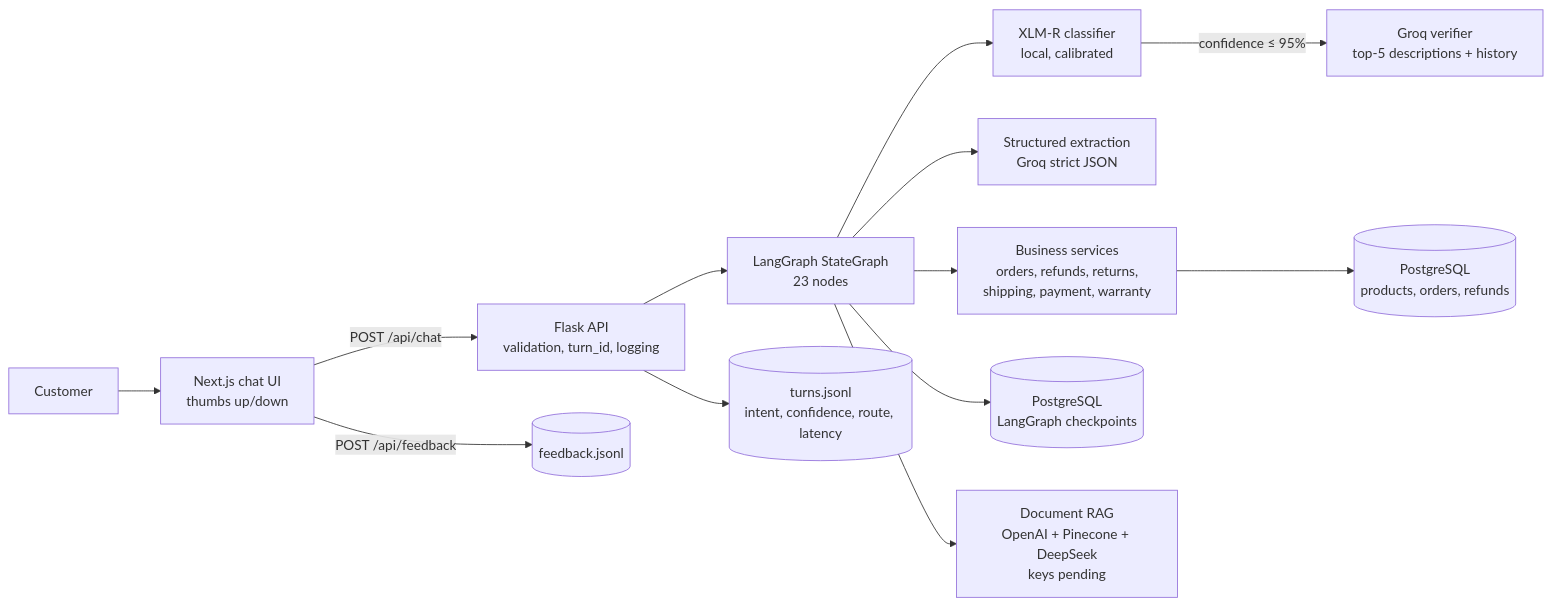
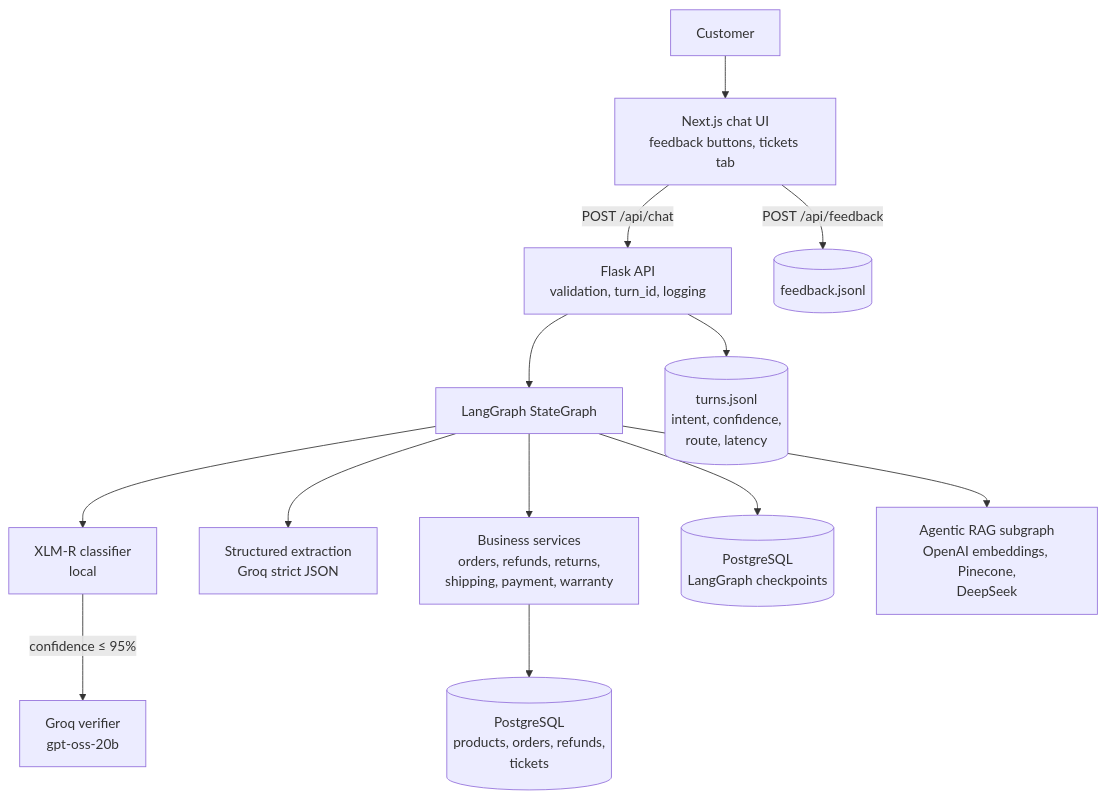
The second of 38 diagrams in docs/ENHANCEMENT_REPORT.md (Anushka-v24/ecommerce-customer-support-assistant), drawn with Mermaid before and after one commit. The commit also changed other lines of this file and 5 other files, not shown here.

````diff
--- a/docs/ENHANCEMENT_REPORT.md
+++ b/docs/ENHANCEMENT_REPORT.md
@@ -85,15 +121,15 @@
 ```mermaid
-flowchart LR
-    U[Customer] --> UI[Next.js chat UI<br/>thumbs up/down]
+flowchart TD
+    U[Customer] --> UI[Next.js chat UI<br/>feedback buttons, tickets tab]
     UI -->|POST /api/chat| API[Flask API<br/>validation, turn_id, logging]
     UI -->|POST /api/feedback| FB[(feedback.jsonl)]
-    API --> G[LangGraph StateGraph<br/>23 nodes]
-    G --> CLS[XLM-R classifier<br/>local, calibrated]
-    CLS -->|confidence ≤ 95%| GQ[Groq verifier<br/>top-5 descriptions + history]
+    API --> G[LangGraph StateGraph]
+    G --> CLS[XLM-R classifier<br/>local]
+    CLS -->|confidence ≤ 95%| GQ[Groq verifier<br/>gpt-oss-20b]
     G --> EX[Structured extraction<br/>Groq strict JSON]
     G --> SVC[Business services<br/>orders, refunds, returns,<br/>shipping, payment, warranty]
-    SVC --> DB[(PostgreSQL<br/>products, orders, refunds)]
+    SVC --> DB[(PostgreSQL<br/>products, orders, refunds,<br/>tickets)]
     G --> CP[(PostgreSQL<br/>LangGraph checkpoints)]
-    G --> RAG[Document RAG<br/>OpenAI + Pinecone + DeepSeek<br/>keys pending]
-    API --> TL[(turns.jsonl<br/>intent, confidence, route, latency)]
+    G --> RAG[Agentic RAG subgraph<br/>OpenAI embeddings, Pinecone,<br/>DeepSeek]
+    API --> TL[(turns.jsonl<br/>intent, confidence,<br/>route, latency)]
 ```
````
